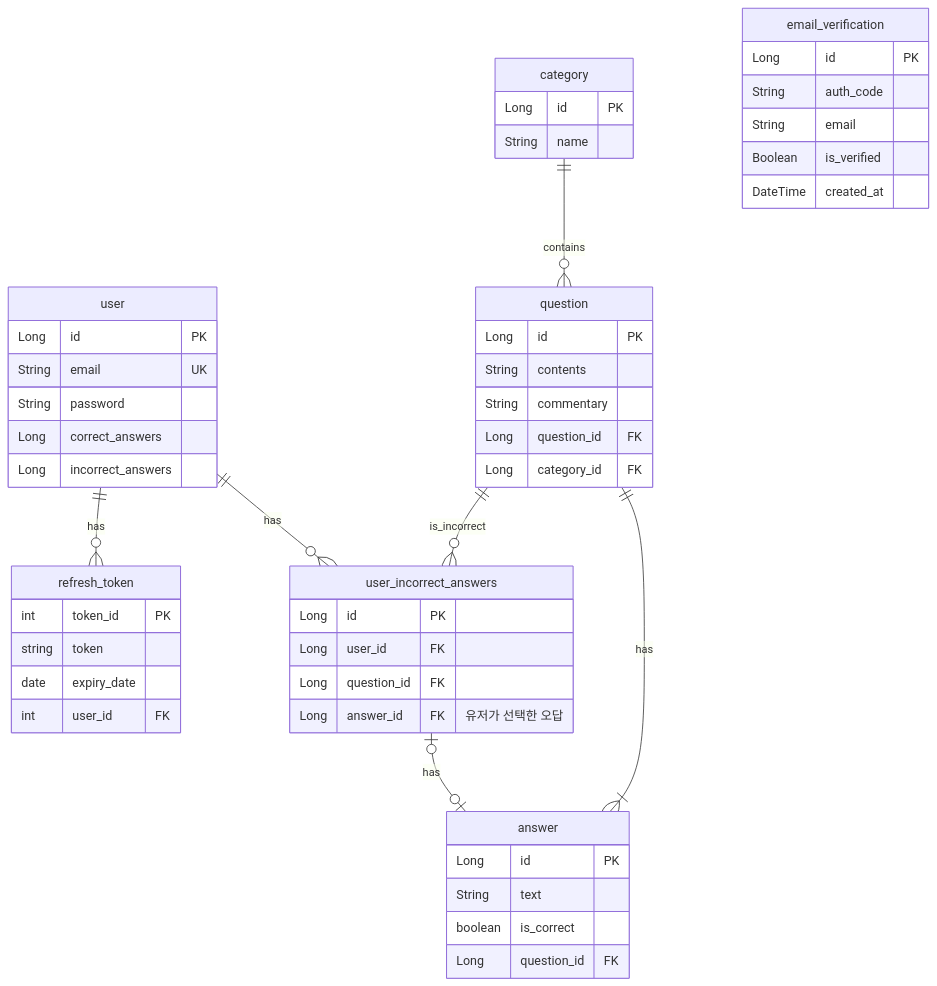
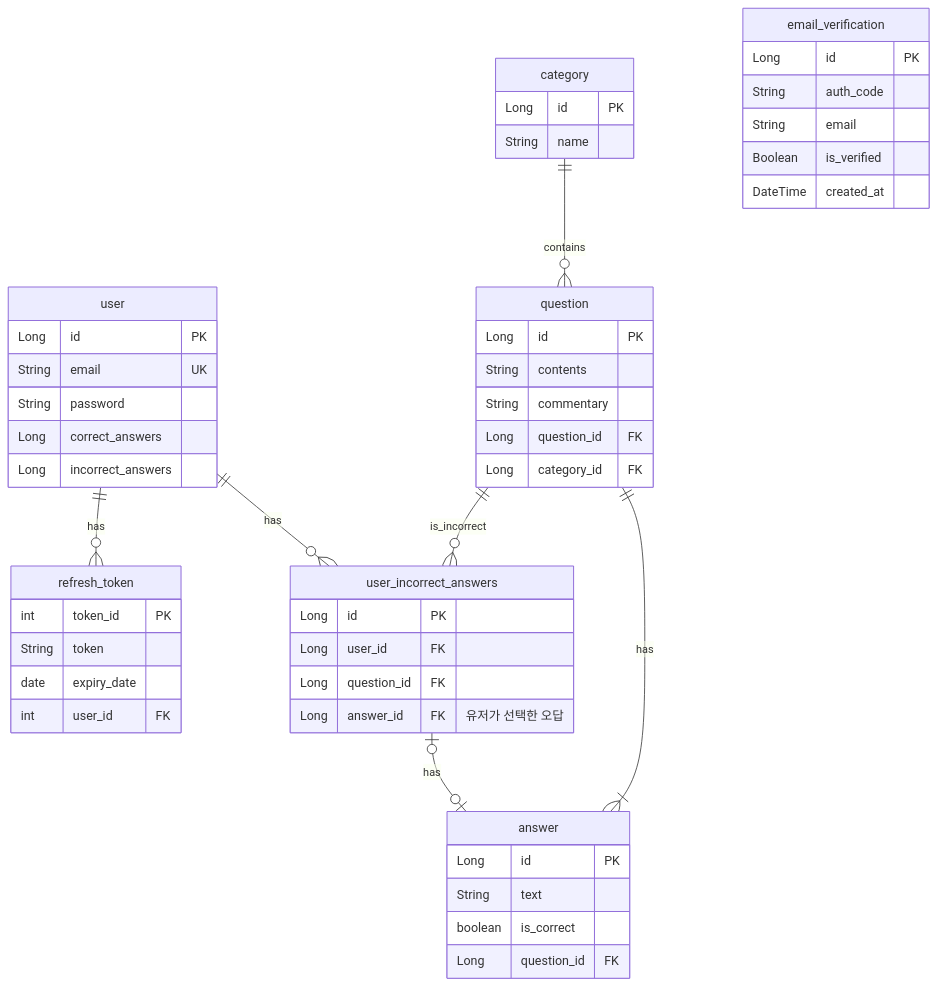
One commit to Q-int/Qint_Backend changed the diagram in README.md. Above: the diagram before and after it, drawn with Mermaid.

Commit message:
docs: 타입 네이밍 컨벤션 수정

````diff
--- a/README.md
+++ b/README.md
@@ -3,59 +3,59 @@
 ```mermaid
 erDiagram
     user {
         Long id PK
         String email UK
         String password
         Long correct_answers
         Long incorrect_answers
     }
 
     category {
         Long id PK
         String name
     }
 
     question {
         Long id PK
         String contents
         String commentary
         Long question_id FK
         Long category_id FK
     }
     
     answer {
         Long id PK
         String text
         boolean is_correct
         Long question_id FK
     }
 
     user_incorrect_answers {
         Long id PK
         Long user_id FK
         Long question_id FK
         Long answer_id FK "유저가 선택한 오답"
     }
 
     email_verification {
         Long id PK
         String auth_code
         String email
         Boolean is_verified
         DateTime created_at
     }
 
     refresh_token {
         int token_id PK
-        string token
+        String token
         date expiry_date
         int user_id FK
     }
 
     user ||--o{ user_incorrect_answers : has
     user ||--o{ refresh_token : has
     category ||--o{ question : contains
     question ||--|{ answer : has
     question ||--o{ user_incorrect_answers : is_incorrect
     user_incorrect_answers |o--o| answer : has
 ```
````
